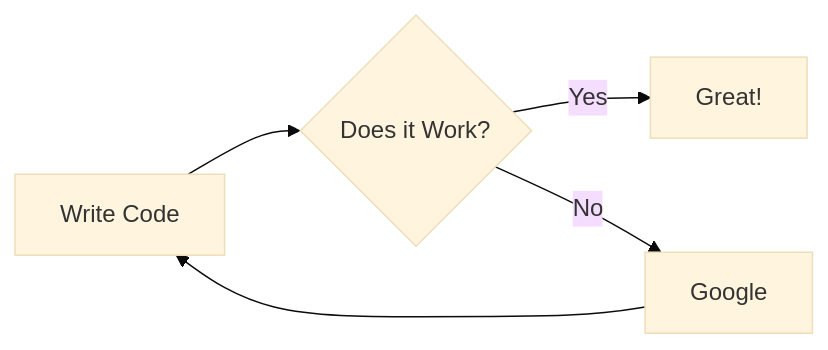
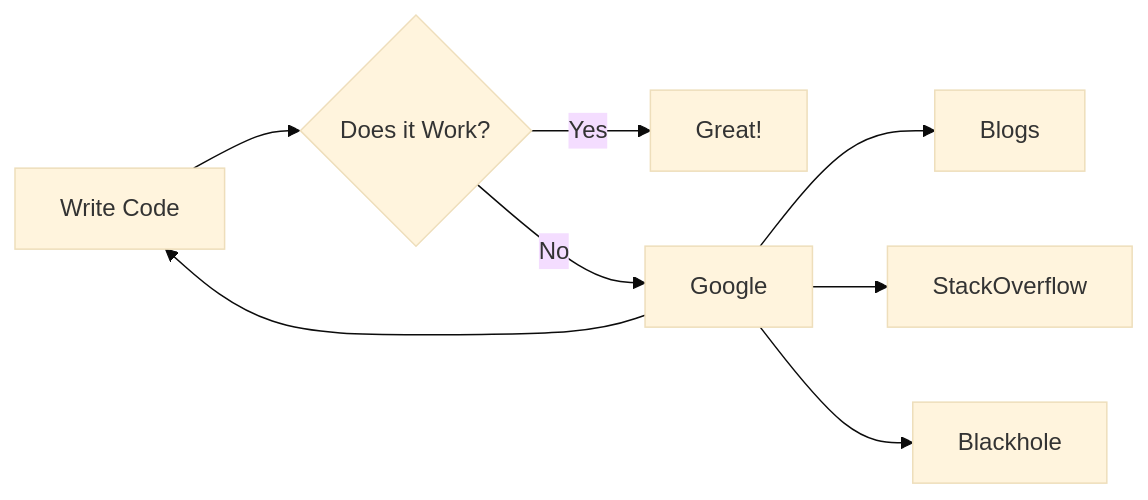
Before and after one commit to Jtzuya/jtzuya: the diagram in README.md, drawn with Mermaid (base theme).

````diff
--- a/README.md
+++ b/README.md
@@ -3,7 +3,10 @@
 ```mermaid
   graph LR
     A[Write Code] --> B{Does it Work?}
     B -- Yes --> C[Great!]
     B -- No --> D[Google]
+    D --> E[Blogs]
+    D --> F[StackOverflow]
+    D --> G[Blackhole]
     D --> A
 ```
````
